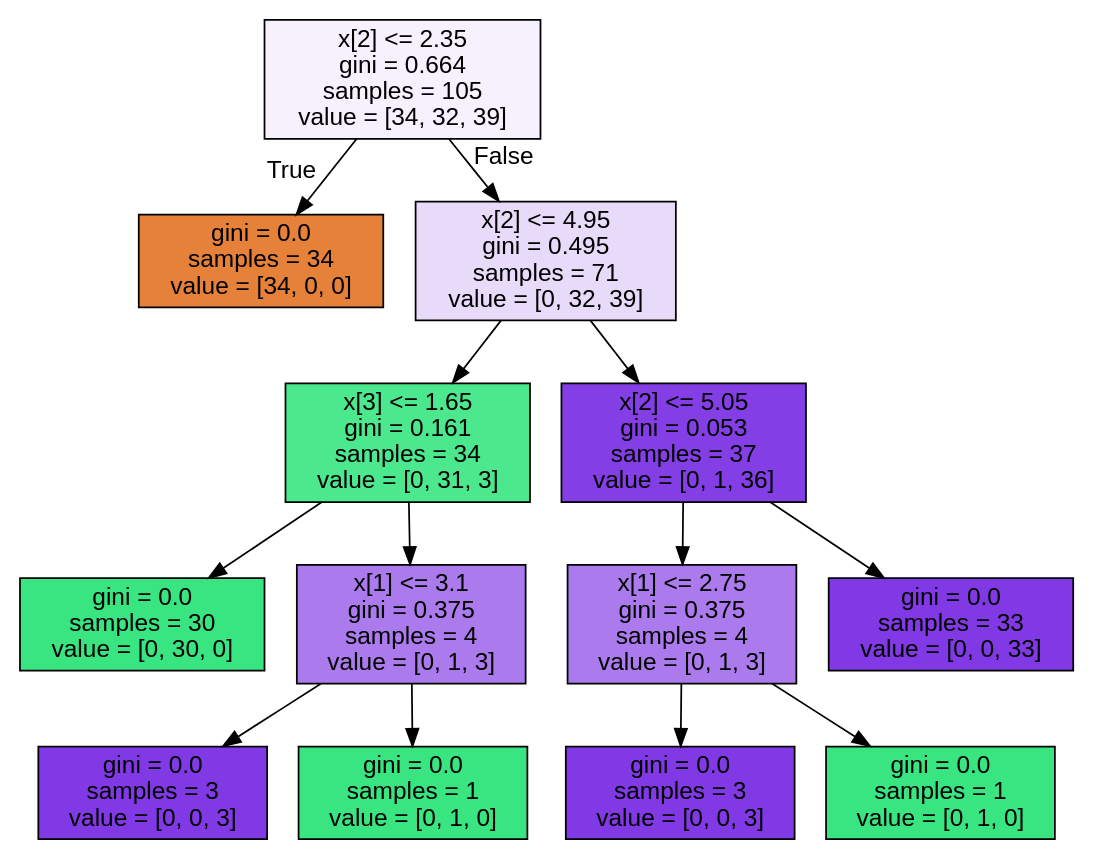
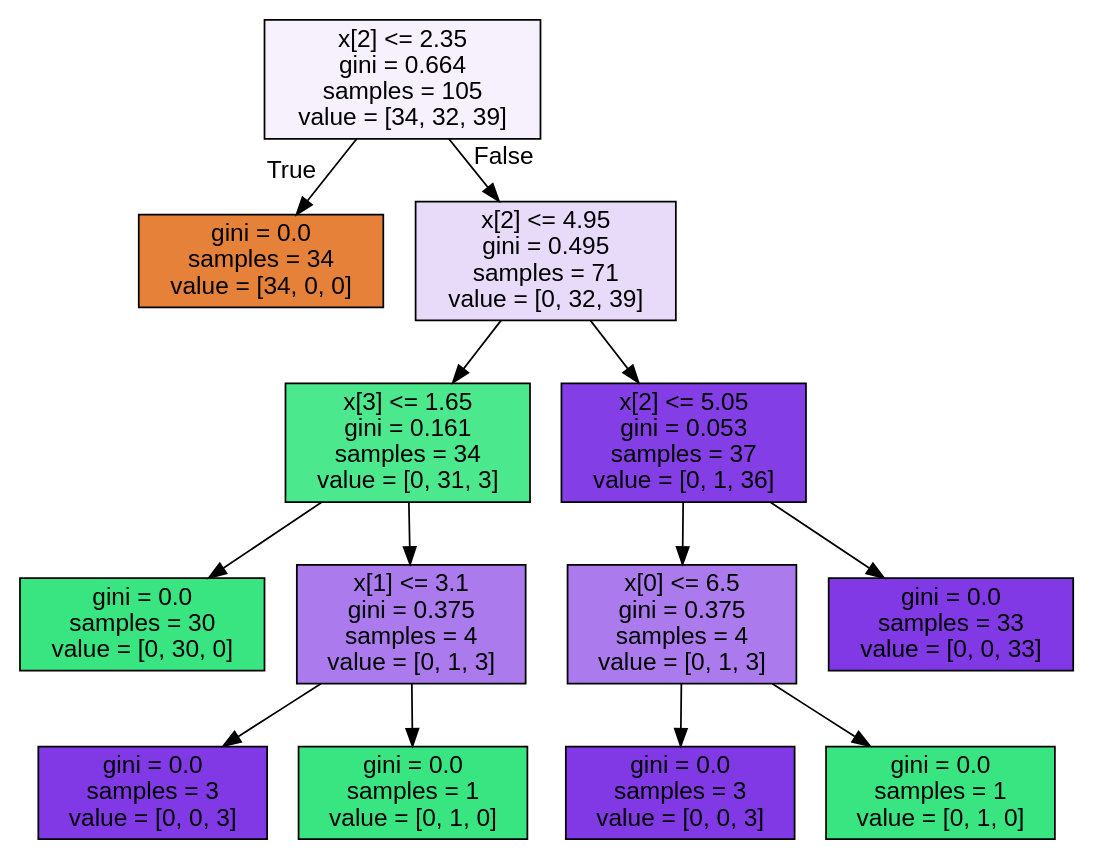
The diagram in Notebooks workshop story 5/iris.dot (Dev-IA-P5-2027/matthieu.catteyfaye), drawn with Graphviz before and after one commit. The commit also changed 1 other file, not shown here.

```diff
--- a/Notebooks workshop story 5/iris.dot
+++ b/Notebooks workshop story 5/iris.dot
@@ -1,29 +1,29 @@
 digraph Tree {
 node [shape=box, style="filled", color="black", fontname="helvetica"] ;
 edge [fontname="helvetica"] ;
 0 [label="x[2] <= 2.35\ngini = 0.664\nsamples = 105\nvalue = [34, 32, 39]", fillcolor="#f6f1fd"] ;
 1 [label="gini = 0.0\nsamples = 34\nvalue = [34, 0, 0]", fillcolor="#e58139"] ;
 0 -> 1 [labeldistance=2.5, labelangle=45, headlabel="True"] ;
 2 [label="x[2] <= 4.95\ngini = 0.495\nsamples = 71\nvalue = [0, 32, 39]", fillcolor="#e8dbfa"] ;
 0 -> 2 [labeldistance=2.5, labelangle=-45, headlabel="False"] ;
 3 [label="x[3] <= 1.65\ngini = 0.161\nsamples = 34\nvalue = [0, 31, 3]", fillcolor="#4ce88d"] ;
 2 -> 3 ;
 4 [label="gini = 0.0\nsamples = 30\nvalue = [0, 30, 0]", fillcolor="#39e581"] ;
 3 -> 4 ;
 5 [label="x[1] <= 3.1\ngini = 0.375\nsamples = 4\nvalue = [0, 1, 3]", fillcolor="#ab7bee"] ;
 3 -> 5 ;
 6 [label="gini = 0.0\nsamples = 3\nvalue = [0, 0, 3]", fillcolor="#8139e5"] ;
 5 -> 6 ;
 7 [label="gini = 0.0\nsamples = 1\nvalue = [0, 1, 0]", fillcolor="#39e581"] ;
 5 -> 7 ;
 8 [label="x[2] <= 5.05\ngini = 0.053\nsamples = 37\nvalue = [0, 1, 36]", fillcolor="#843ee6"] ;
 2 -> 8 ;
-9 [label="x[1] <= 2.75\ngini = 0.375\nsamples = 4\nvalue = [0, 1, 3]", fillcolor="#ab7bee"] ;
+9 [label="x[0] <= 6.5\ngini = 0.375\nsamples = 4\nvalue = [0, 1, 3]", fillcolor="#ab7bee"] ;
 8 -> 9 ;
 10 [label="gini = 0.0\nsamples = 3\nvalue = [0, 0, 3]", fillcolor="#8139e5"] ;
 9 -> 10 ;
 11 [label="gini = 0.0\nsamples = 1\nvalue = [0, 1, 0]", fillcolor="#39e581"] ;
 9 -> 11 ;
 12 [label="gini = 0.0\nsamples = 33\nvalue = [0, 0, 33]", fillcolor="#8139e5"] ;
 8 -> 12 ;
 }
```
